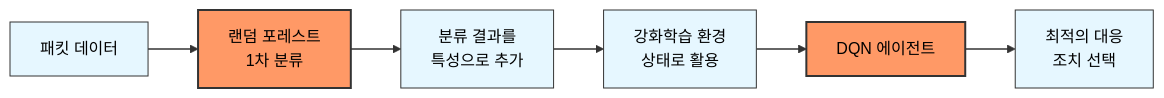
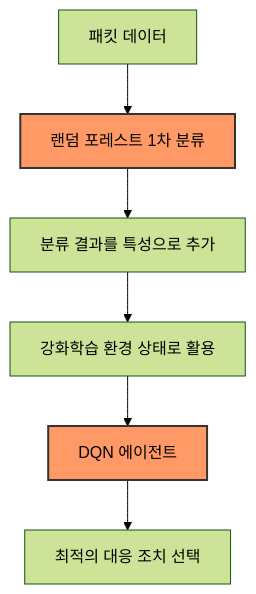
Before and after one commit to Es5724/Intrusion_DetectionSystem_AIagent: the second of 4 diagrams in README.md, drawn with Mermaid (forest theme). The commit also changed other lines of this file, not shown here.

````diff
--- a/README.md
+++ b/README.md
@@ -160,19 +162,13 @@
 ```mermaid
-flowchart LR
-    %% 기본 구성 요소
-    packet[패킷 데이터] --> rf[랜덤 포레스트\n1차 분류]
-    rf --> feature[분류 결과를\n특성으로 추가]
-    feature --> state[강화학습 환경\n상태로 활용]
+flowchart TD
+    packet[패킷 데이터] --> rf[랜덤 포레스트 1차 분류]
+    rf --> feature[분류 결과를 특성으로 추가]
+    feature --> state[강화학습 환경 상태로 활용]
     state --> dqn[DQN 에이전트]
-    dqn --> action[최적의 대응\n조치 선택]
+    dqn --> action[최적의 대응 조치 선택]
     
-    %% 스타일 정의
-    classDef highlight fill:#f96,stroke:#333,stroke-width:2px;
+    classDef highlight fill:#f96,stroke:#333,stroke-width:2px,color:black;
+    classDef normal color:black;
     class dqn,rf highlight
-    
-    classDef normal fill:#e6f7ff,stroke:#333;
     class packet,feature,state,action normal
-    
-    %% 선 스타일
-    linkStyle default stroke:#333,stroke-width:1.5px;
 ```
````
